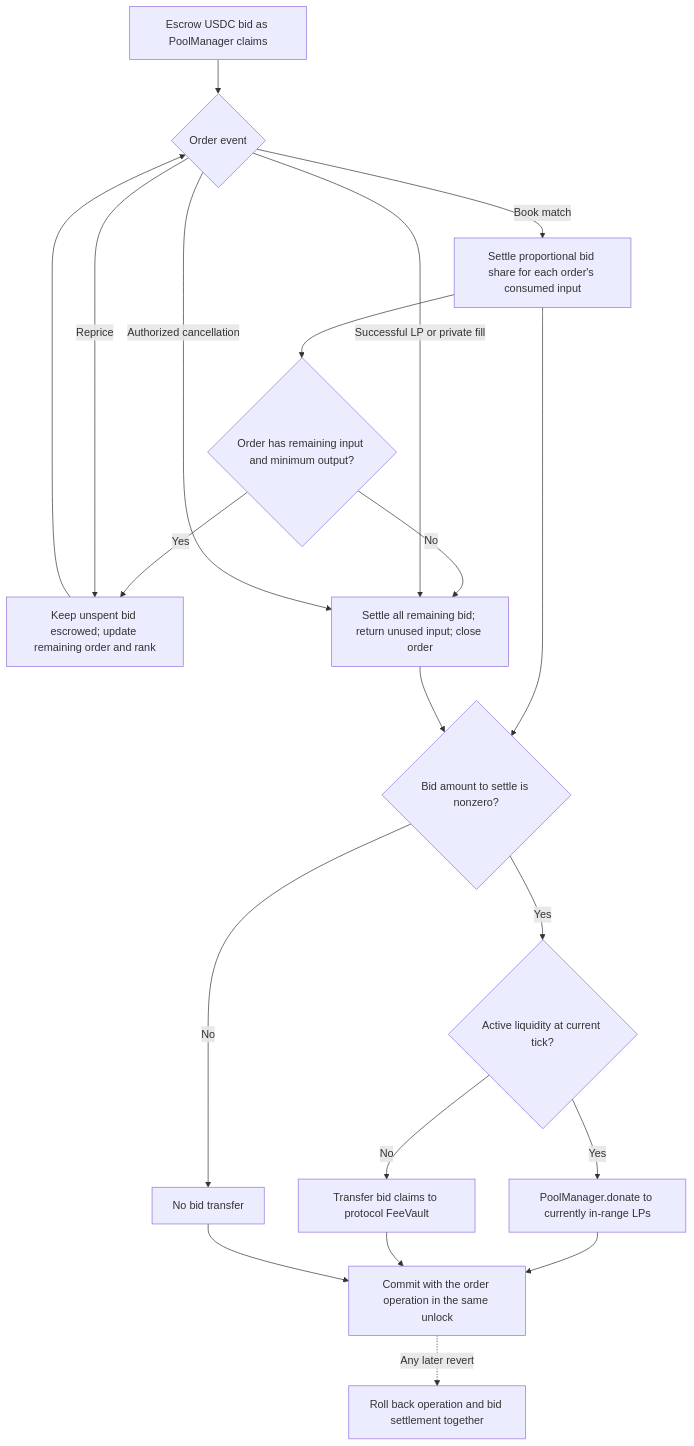
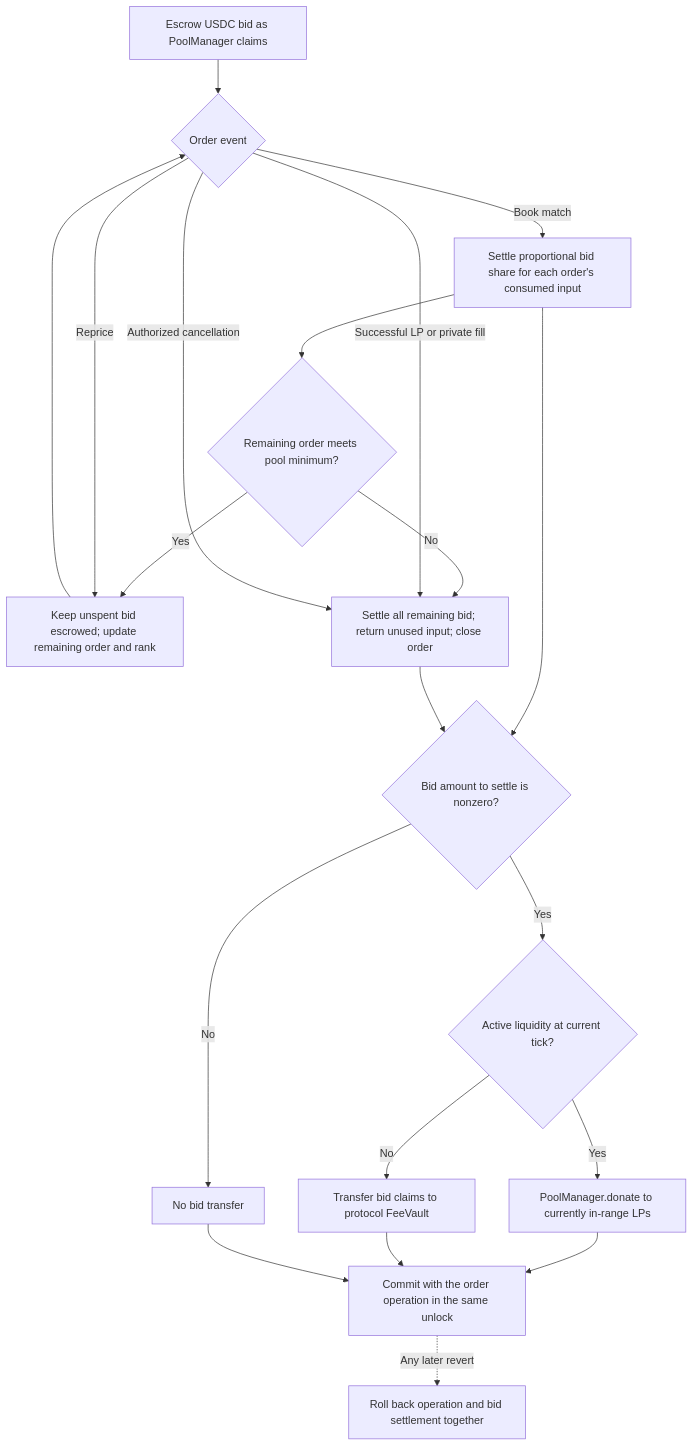
One commit to asyncswap/contracts changed the second of 2 diagrams in docs/order-lifecycle.md. Above: the diagram before and after it, drawn with Mermaid. The commit also changed other lines of this file and 309 other files, not shown here.

````diff
--- a/docs/order-lifecycle.md
+++ b/docs/order-lifecycle.md
@@ -47,22 +44,22 @@
 ```mermaid
 flowchart TD
     A["Escrow USDC bid as PoolManager claims"] --> B{"Order event"}
     B -- "Book match" --> C["Settle proportional bid share for each order's consumed input"]
-    C --> D{"Order has remaining input and minimum output?"}
+    C --> D{"Remaining order meets pool minimum?"}
     D -- "Yes" --> E["Keep unspent bid escrowed; update remaining order and rank"]
     E --> B
     D -- "No" --> F["Settle all remaining bid; return unused input; close order"]
     B -- "Successful LP or private fill" --> F
     B -- "Authorized cancellation" --> F
     B -- "Reprice" --> E
     C --> G{"Bid amount to settle is nonzero?"}
     F --> G
     G -- "No" --> H["No bid transfer"]
     G -- "Yes" --> I{"Active liquidity at current tick?"}
     I -- "Yes" --> J["PoolManager.donate to currently in-range LPs"]
     I -- "No" --> K["Transfer bid claims to protocol FeeVault"]
     J --> L["Commit with the order operation in the same unlock"]
     K --> L
     H --> L
     L -. "Any later revert" .-> M["Roll back operation and bid settlement together"]
 ```
````
